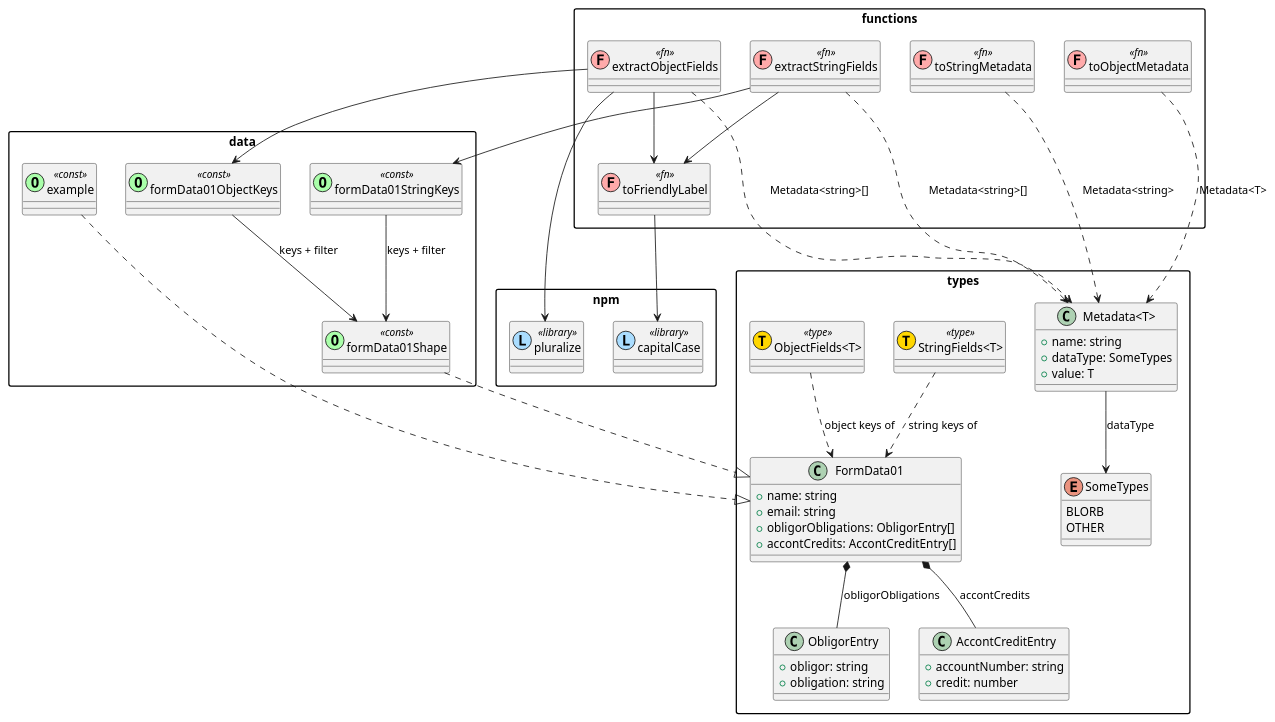
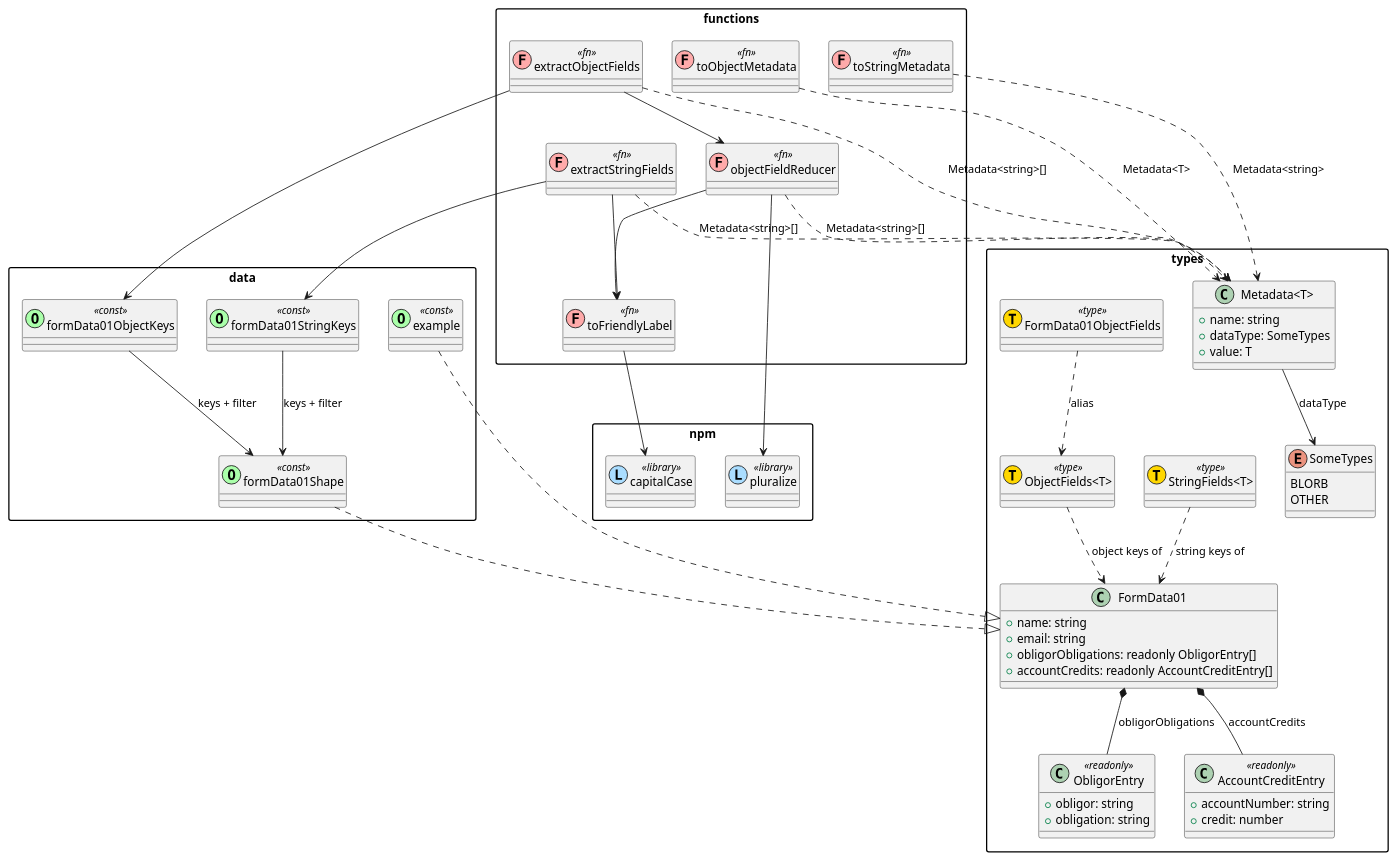
One commit to drjors2/util-karma changed the diagram in dependency.plantuml. Above: the diagram before and after it, drawn with PlantUML. The commit also changed 2 other files, not shown here.

```diff
--- a/dependency.plantuml
+++ b/dependency.plantuml
@@ -1,85 +1,91 @@
 @startuml
 
 skinparam packageStyle rectangle
 
 package "npm" {
   class pluralize << (L,#AADDFF) library >>
   class capitalCase << (L,#AADDFF) library >>
 }
 
 package "types" {
   class "Metadata<T>" {
     + name: string
     + dataType: SomeTypes
     + value: T
   }
 
   class FormData01 {
     + name: string
     + email: string
-    + obligorObligations: ObligorEntry[]
-    + accontCredits: AccontCreditEntry[]
+    + obligorObligations: readonly ObligorEntry[]
+    + accountCredits: readonly AccountCreditEntry[]
   }
 
-  class ObligorEntry {
+  class ObligorEntry << readonly >> {
     + obligor: string
     + obligation: string
   }
 
-  class AccontCreditEntry {
+  class AccountCreditEntry << readonly >> {
     + accountNumber: string
     + credit: number
   }
 
   enum SomeTypes {
     BLORB
     OTHER
   }
 
   class "StringFields<T>" << (T,#FFD700) type >>
   class "ObjectFields<T>" << (T,#FFD700) type >>
+  class "FormData01ObjectFields" << (T,#FFD700) type >>
 }
 
 package "data" {
   class formData01Shape << (O,#AAFFAA) const >>
   class example << (O,#AAFFAA) const >>
   class formData01StringKeys << (O,#AAFFAA) const >>
   class formData01ObjectKeys << (O,#AAFFAA) const >>
 }
 
 package "functions" {
   class toFriendlyLabel << (F,#FFAAAA) fn >>
   class toStringMetadata << (F,#FFAAAA) fn >>
   class toObjectMetadata << (F,#FFAAAA) fn >>
+  class objectFieldReducer << (F,#FFAAAA) fn >>
   class extractStringFields << (F,#FFAAAA) fn >>
   class extractObjectFields << (F,#FFAAAA) fn >>
 }
 
 ' type relationships
 FormData01 *-- ObligorEntry : obligorObligations
-FormData01 *-- AccontCreditEntry : accontCredits
+FormData01 *-- AccountCreditEntry : accountCredits
 "Metadata<T>" --> SomeTypes : dataType
 "StringFields<T>" ..> FormData01 : string keys of
 "ObjectFields<T>" ..> FormData01 : object keys of
+"FormData01ObjectFields" ..> "ObjectFields<T>" : alias
 
 ' data
 formData01Shape ..|> FormData01
 example ..|> FormData01
 formData01StringKeys --> formData01Shape : keys + filter
 formData01ObjectKeys --> formData01Shape : keys + filter
 
 ' function dependencies
 toFriendlyLabel --> capitalCase
 toStringMetadata ..> "Metadata<T>" : Metadata<string>
 toObjectMetadata ..> "Metadata<T>" : Metadata<T>
 
+objectFieldReducer --> toFriendlyLabel
+objectFieldReducer --> pluralize
+objectFieldReducer ..> "Metadata<T>" : Metadata<string>[]
+
 extractStringFields --> formData01StringKeys
 extractStringFields --> toFriendlyLabel
 extractStringFields ..> "Metadata<T>" : Metadata<string>[]
 
 extractObjectFields --> formData01ObjectKeys
-extractObjectFields --> toFriendlyLabel
-extractObjectFields --> pluralize
+extractObjectFields --> objectFieldReducer
 extractObjectFields ..> "Metadata<T>" : Metadata<string>[]
 
 @enduml
```
